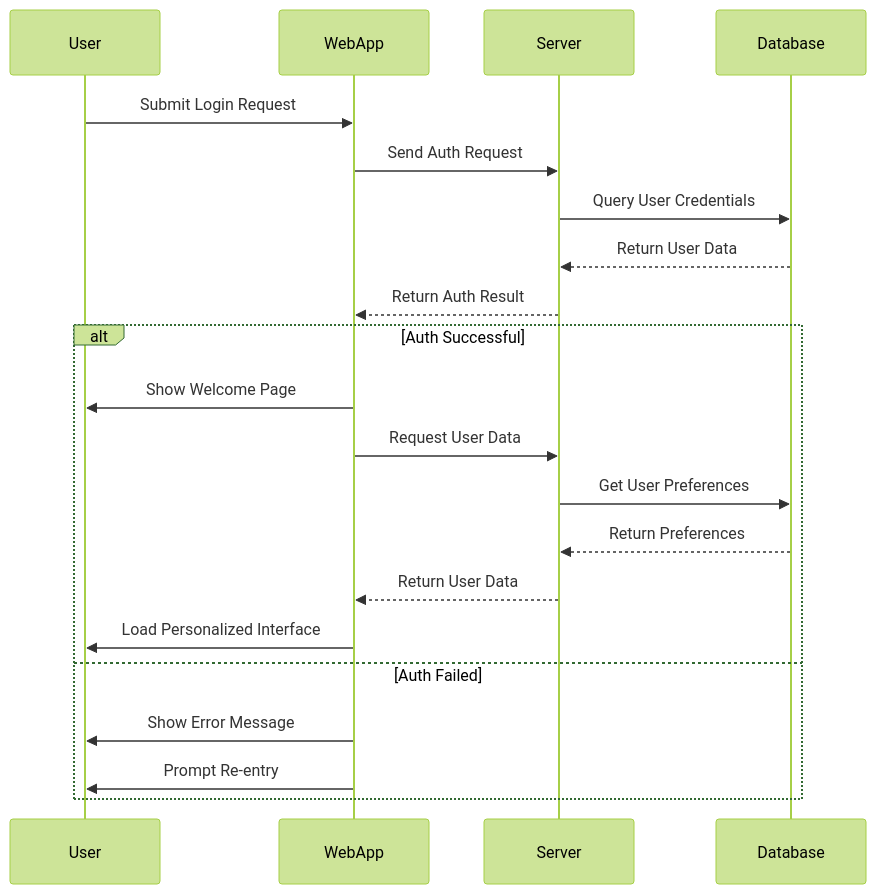
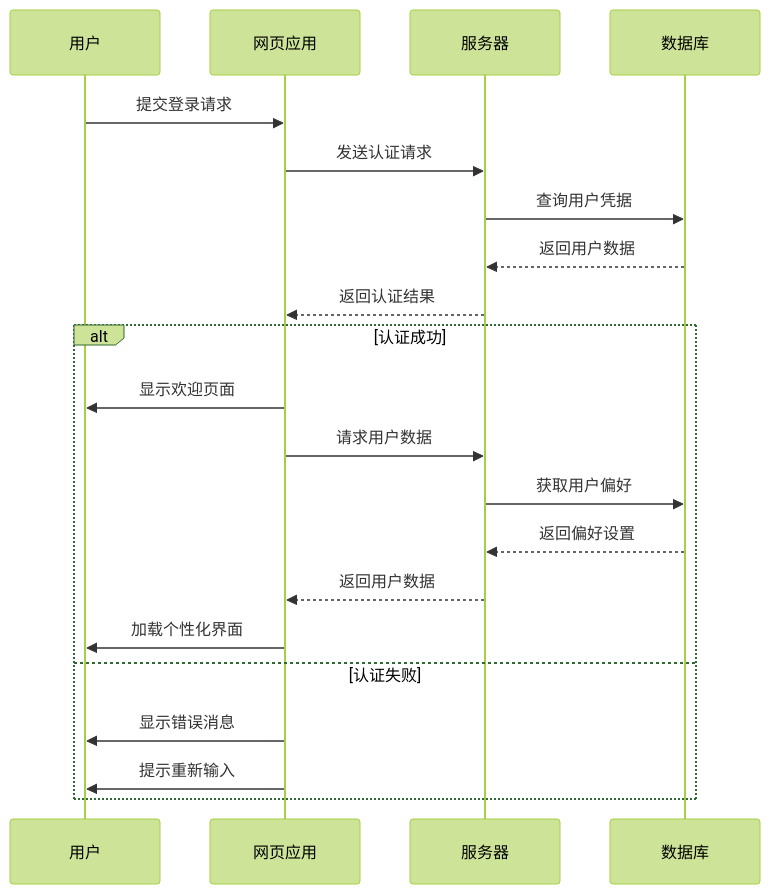
One commit to tb-miao/blog changed the second of 6 diagrams in src/content/posts/markdown-mermaid.md. Above: the diagram before and after it, drawn with Mermaid (forest theme). The commit also changed other lines of this file and 909 other files, not shown here.

````diff
--- a/src/content/posts/markdown-mermaid.md
+++ b/src/content/posts/markdown-mermaid.md
@@ -45,25 +45,25 @@
 ```mermaid
 sequenceDiagram
-    participant User
-    participant WebApp
-    participant Server
-    participant Database
+    participant User as 用户
+    participant WebApp as 网页应用
+    participant Server as 服务器
+    participant Database as 数据库
 
-    User->>WebApp: Submit Login Request
-    WebApp->>Server: Send Auth Request
-    Server->>Database: Query User Credentials
-    Database-->>Server: Return User Data
-    Server-->>WebApp: Return Auth Result
+    User->>WebApp: 提交登录请求
+    WebApp->>Server: 发送认证请求
+    Server->>Database: 查询用户凭据
+    Database-->>Server: 返回用户数据
+    Server-->>WebApp: 返回认证结果
     
-    alt Auth Successful
-        WebApp->>User: Show Welcome Page
-        WebApp->>Server: Request User Data
-        Server->>Database: Get User Preferences
-        Database-->>Server: Return Preferences
-        Server-->>WebApp: Return User Data
-        WebApp->>User: Load Personalized Interface
-    else Auth Failed
-        WebApp->>User: Show Error Message
-        WebApp->>User: Prompt Re-entry
+    alt 认证成功
+        WebApp->>User: 显示欢迎页面
+        WebApp->>Server: 请求用户数据
+        Server->>Database: 获取用户偏好
+        Database-->>Server: 返回偏好设置
+        Server-->>WebApp: 返回用户数据
+        WebApp->>User: 加载个性化界面
+    else 认证失败
+        WebApp->>User: 显示错误消息
+        WebApp->>User: 提示重新输入
     end
 ```
````
